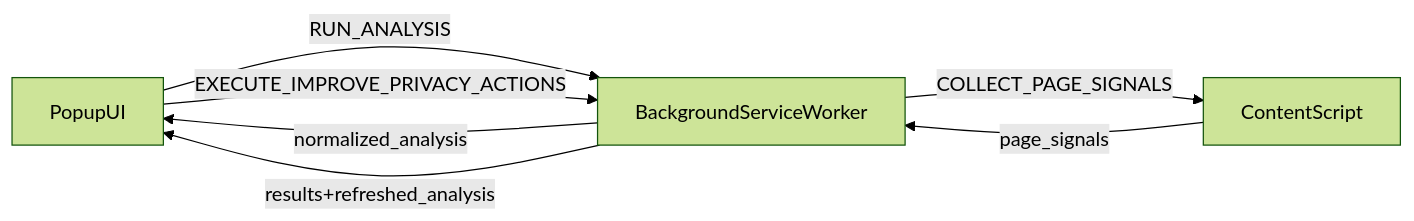
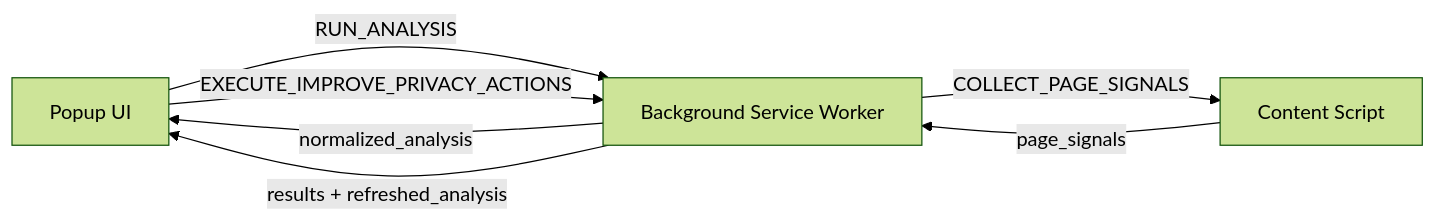
One commit to lioka0099/Privacy-Assistant changed the diagram in README.md. Above: the diagram before and after it, drawn with Mermaid (forest theme). The commit also changed other lines of this file and 3 other files, not shown here.

````diff
--- a/README.md
+++ b/README.md
@@ -177,9 +111,9 @@
 ```mermaid
 flowchart LR
-  popup[PopupUI] -->|RUN_ANALYSIS| bg[BackgroundServiceWorker]
-  bg -->|COLLECT_PAGE_SIGNALS| content[ContentScript]
+  popup[Popup UI] -->|RUN_ANALYSIS| bg[Background Service Worker]
+  bg -->|COLLECT_PAGE_SIGNALS| content[Content Script]
   content -->|page_signals| bg
   bg -->|normalized_analysis| popup
   popup -->|EXECUTE_IMPROVE_PRIVACY_ACTIONS| bg
-  bg -->|results+refreshed_analysis| popup
+  bg -->|results + refreshed_analysis| popup
 ```
````
